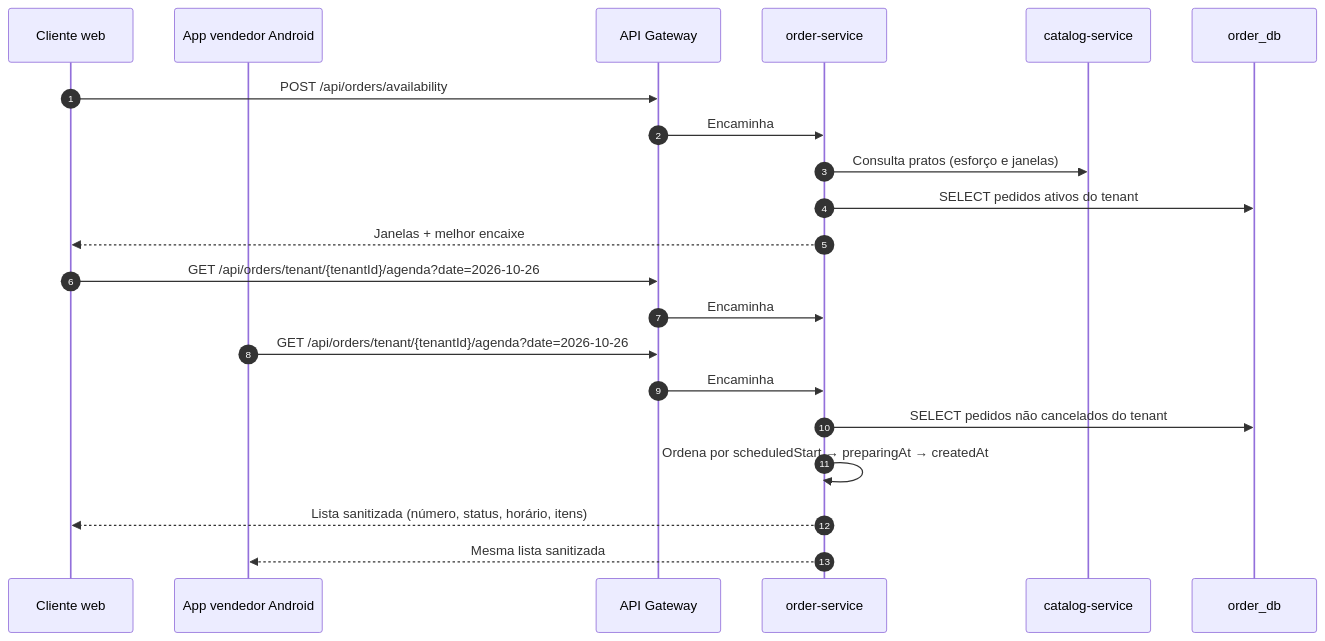
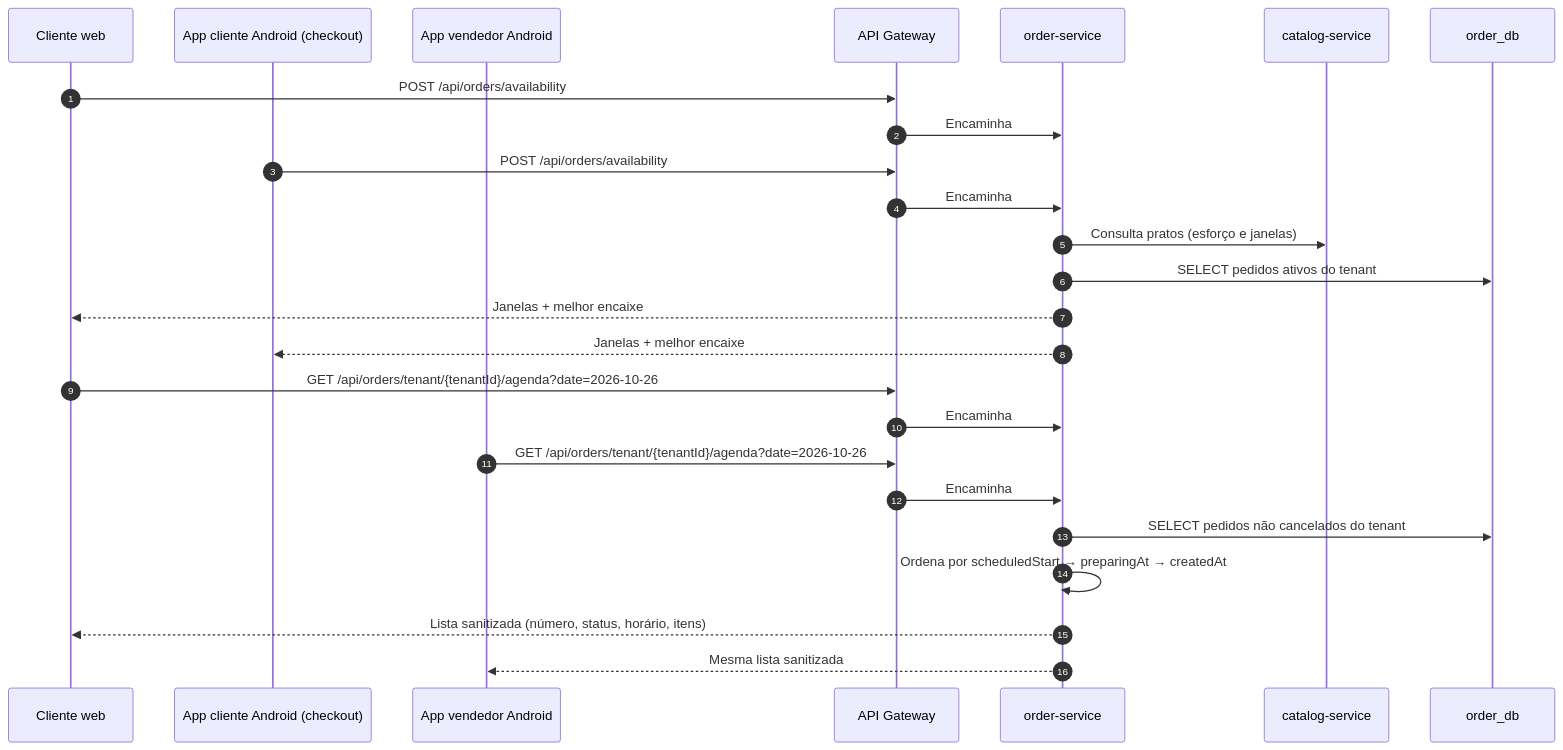
Diagram 12 of 14 in docs/tecnica/02-arquitetura.md (bgeromoJs/delivery-marketplace), drawn with Mermaid before and after one commit. The commit also changed other lines of this file and 14 other files, not shown here.

First line of the commit message:
docs(tecnica): documenta app cliente multi-loja e o fluxo de build, commit e push

````diff
--- a/docs/tecnica/02-arquitetura.md
+++ b/docs/tecnica/02-arquitetura.md
@@ -455,24 +461,28 @@
 ```mermaid
 sequenceDiagram
     autonumber
     participant C as Cliente web
+    participant AC as App cliente Android (checkout)
     participant V as App vendedor Android
     participant G as API Gateway
     participant O as order-service
     participant K as catalog-service
     participant DB as order_db
 
     C->>G: POST /api/orders/availability
     G->>O: Encaminha
+    AC->>G: POST /api/orders/availability
+    G->>O: Encaminha
     O->>K: Consulta pratos (esforço e janelas)
     O->>DB: SELECT pedidos ativos do tenant
     O-->>C: Janelas + melhor encaixe
+    O-->>AC: Janelas + melhor encaixe
     C->>G: GET /api/orders/tenant/{tenantId}/agenda?date=2026-10-26
     G->>O: Encaminha
     V->>G: GET /api/orders/tenant/{tenantId}/agenda?date=2026-10-26
     G->>O: Encaminha
     O->>DB: SELECT pedidos não cancelados do tenant
     O->>O: Ordena por scheduledStart → preparingAt → createdAt
     O-->>C: Lista sanitizada (número, status, horário, itens)
     O-->>V: Mesma lista sanitizada
 ```
````
